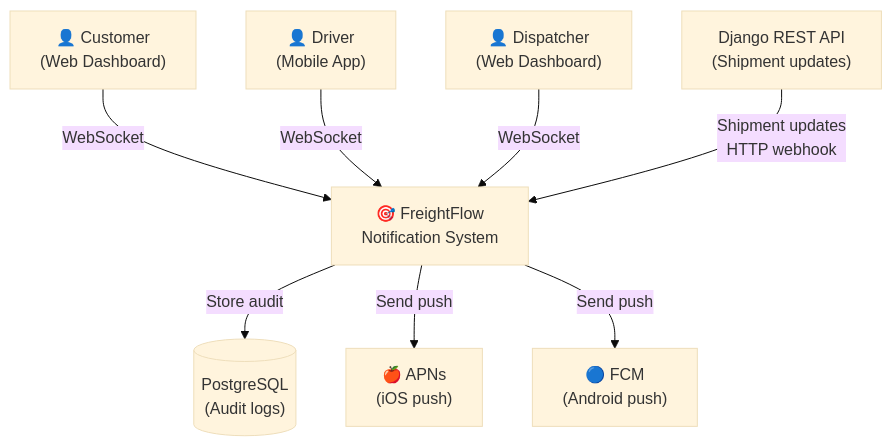
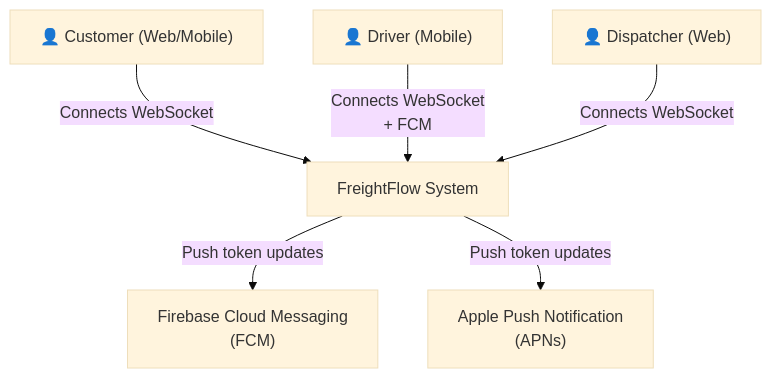
One commit to hpsgd/claude-marketplace changed the first of 4 diagrams in examples/engineering/architect/agents/architect/system-design-request/result.md. Above: the diagram before and after it, drawn with Mermaid (base theme). The commit also changed other lines of this file and 135 other files, not shown here.

````diff
--- a/examples/engineering/architect/agents/architect/system-design-request/result.md
+++ b/examples/engineering/architect/agents/architect/system-design-request/result.md
@@ -101,24 +70,18 @@
 ```mermaid
 graph TB
-    Customer["👤 Customer\n(Web Dashboard)"]
-    Driver["👤 Driver\n(Mobile App)"]
-    Dispatcher["👤 Dispatcher\n(Web Dashboard)"]
+    Customer["👤 Customer (Web/Mobile)"]
+    Driver["👤 Driver (Mobile)"]
+    Dispatcher["👤 Dispatcher (Web)"]
     
-    FreightFlow["🎯 FreightFlow\nNotification System"]
+    FreightFlow["FreightFlow System"]
     
-    Django["Django REST API\n(Shipment updates)"]
-    Postgres[("PostgreSQL\n(Audit logs)")]
+    ExtFCM["Firebase Cloud Messaging<br/>(FCM)"]
+    ExtAPNs["Apple Push Notification<br/>(APNs)"]
     
-    APNs["🍎 APNs\n(iOS push)"]
-    FCM["🔵 FCM\n(Android push)"]
+    Customer -->|Connects WebSocket| FreightFlow
+    Driver -->|Connects WebSocket<br/>+ FCM| FreightFlow
+    Dispatcher -->|Connects WebSocket| FreightFlow
     
-    Customer -->|WebSocket| FreightFlow
-    Driver -->|WebSocket| FreightFlow
-    Dispatcher -->|WebSocket| FreightFlow
-    
-    Django -->|Shipment updates\nHTTP webhook| FreightFlow
-    
-    FreightFlow -->|Store audit| Postgres
-    FreightFlow -->|Send push| APNs
-    FreightFlow -->|Send push| FCM
+    FreightFlow -->|Push token updates| ExtFCM
+    FreightFlow -->|Push token updates| ExtAPNs
 ```
````
